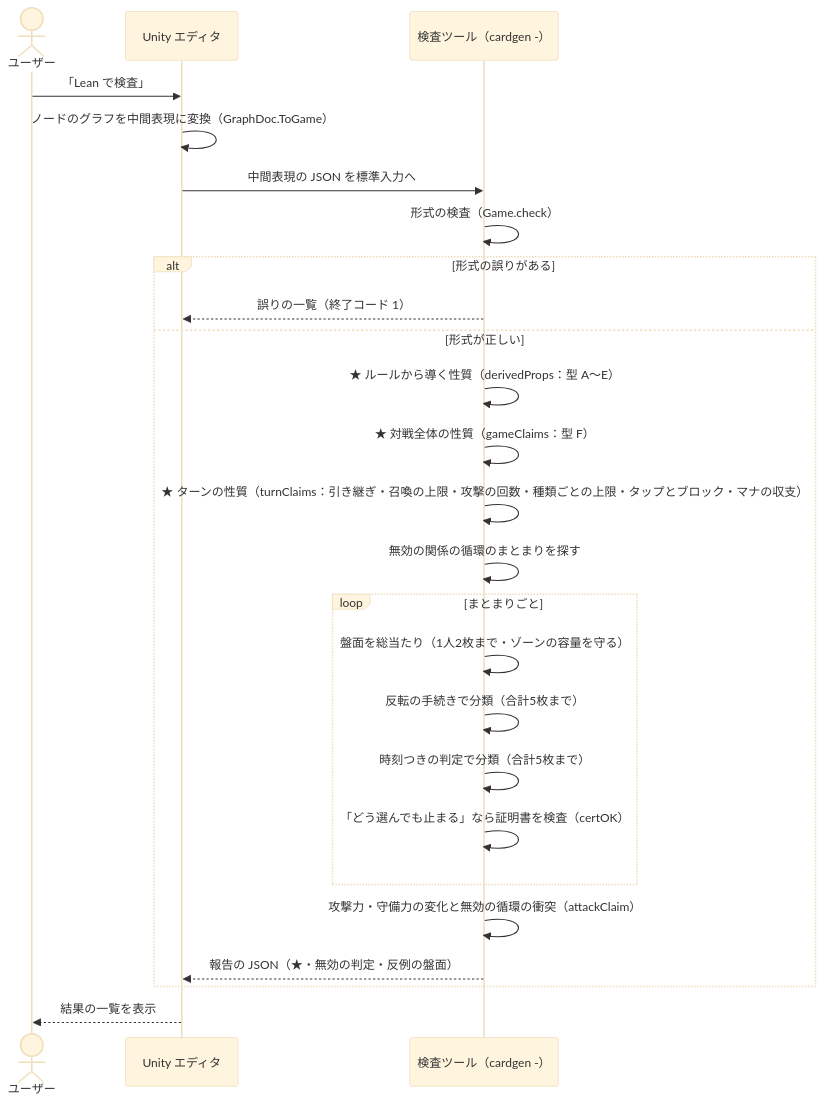
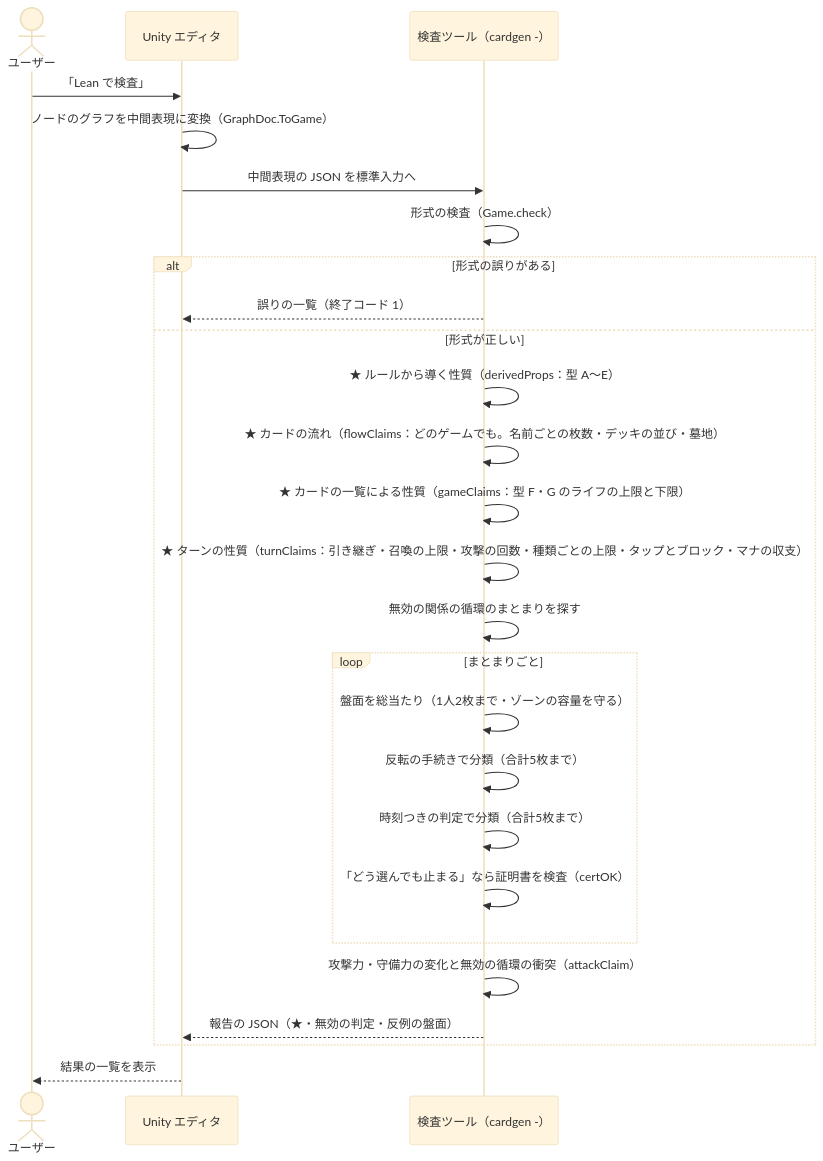
One commit to kotatu0047/yuugi-lean changed the third of 6 diagrams in アーキテクチャ.md. Above: the diagram before and after it, drawn with Mermaid (base theme). The commit also changed other lines of this file and 9 other files, not shown here.

First line of the commit message:
★を増やす：カードの流れ（名前ごとの枚数・デッキの並び・墓地）と、ライフが減らないこと

````diff
--- a/アーキテクチャ.md
+++ b/アーキテクチャ.md
@@ -103,27 +104,28 @@
 ```mermaid
 sequenceDiagram
   actor U as ユーザー
   participant E as Unity エディタ
   participant C as 検査ツール（cardgen -）
   U->>E: 「Lean で検査」
   E->>E: ノードのグラフを中間表現に変換（GraphDoc.ToGame）
   E->>C: 中間表現の JSON を標準入力へ
   C->>C: 形式の検査（Game.check）
   alt 形式の誤りがある
     C-->>E: 誤りの一覧（終了コード 1）
   else 形式が正しい
     C->>C: ★ ルールから導く性質（derivedProps：型 A〜E）
-    C->>C: ★ 対戦全体の性質（gameClaims：型 F）
+    C->>C: ★ カードの流れ（flowClaims：どのゲームでも。名前ごとの枚数・デッキの並び・墓地）
+    C->>C: ★ カードの一覧による性質（gameClaims：型 F・G のライフの上限と下限）
     C->>C: ★ ターンの性質（turnClaims：引き継ぎ・召喚の上限・攻撃の回数・種類ごとの上限・タップとブロック・マナの収支）
     C->>C: 無効の関係の循環のまとまりを探す
     loop まとまりごと
       C->>C: 盤面を総当たり（1人2枚まで・ゾーンの容量を守る）
       C->>C: 反転の手続きで分類（合計5枚まで）
       C->>C: 時刻つきの判定で分類（合計5枚まで）
       C->>C: 「どう選んでも止まる」なら証明書を検査（certOK）
     end
     C->>C: 攻撃力・守備力の変化と無効の循環の衝突（attackClaim）
     C-->>E: 報告の JSON（★・無効の判定・反例の盤面）
   end
   E-->>U: 結果の一覧を表示
 ```
````
